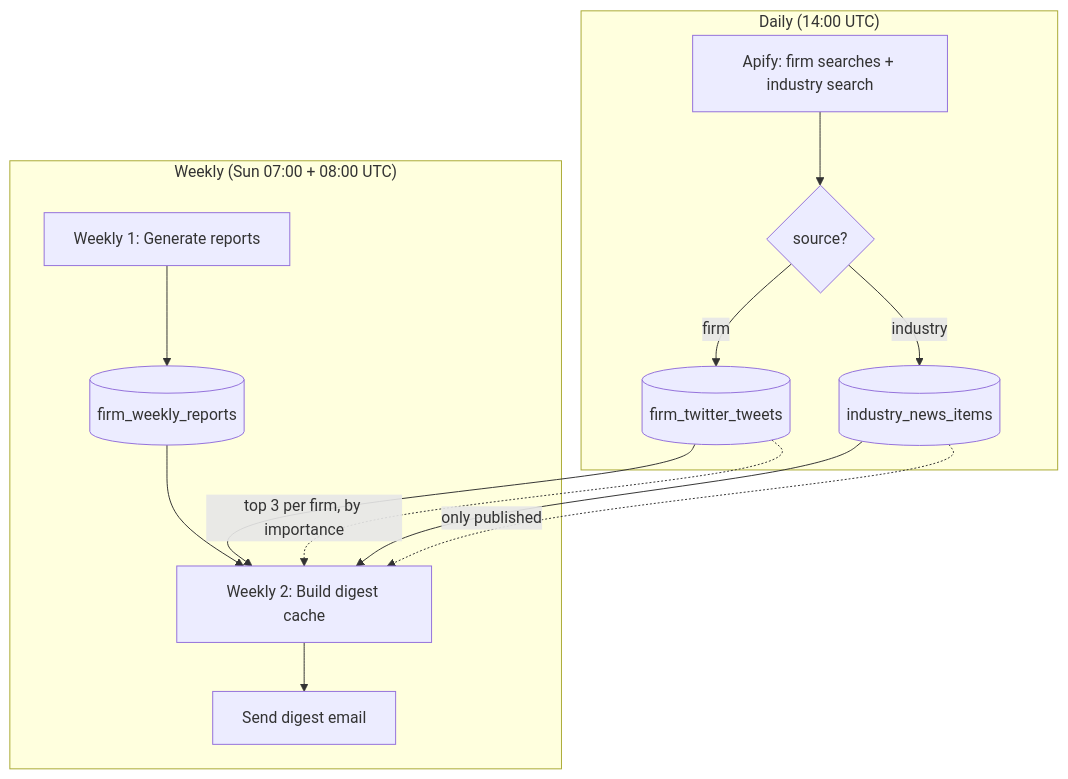
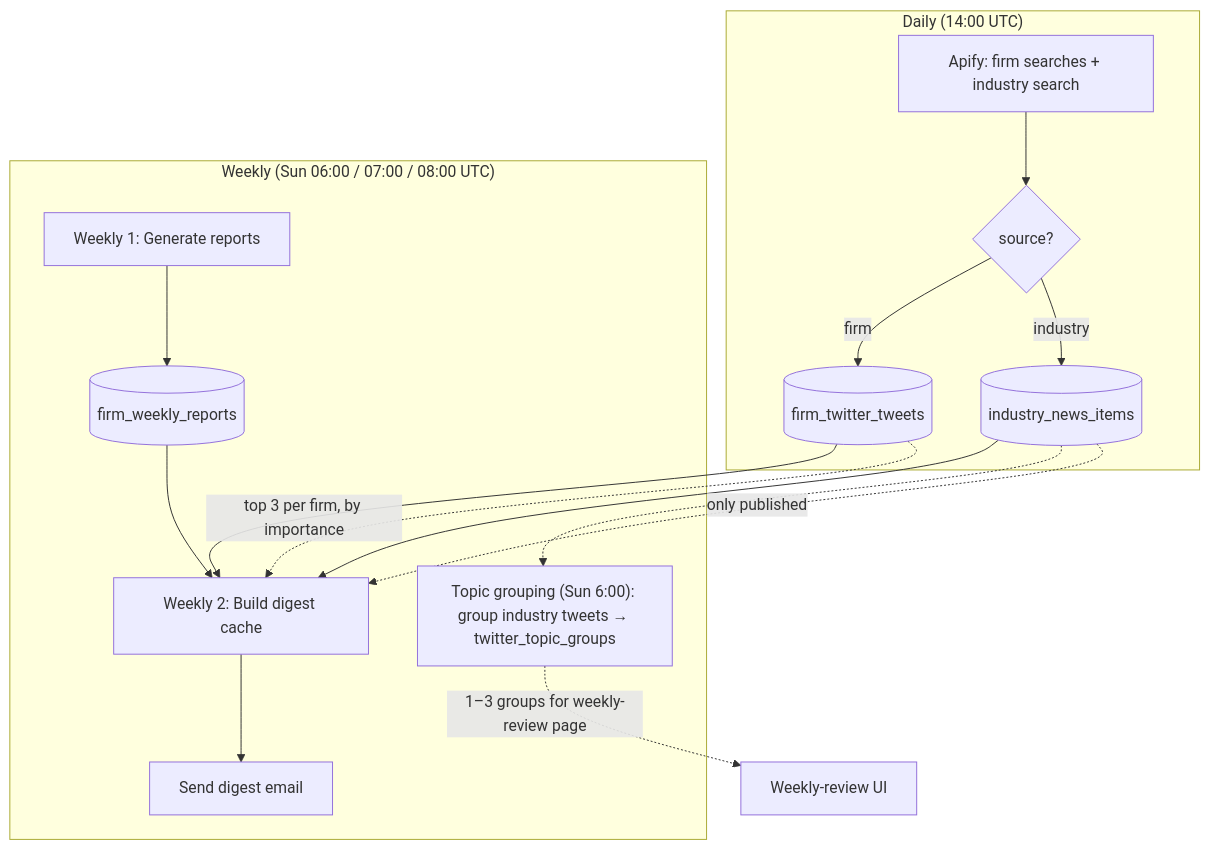
Before and after one commit to lego651/claude-wall: the fifth of 5 diagrams in documents/runbooks/twitter-and-weekly-workflow.md, drawn with Mermaid. The commit also changed other lines of this file and 14 other files, not shown here.

Commit message:
feat: add twitter weekly flow

````diff
--- a/documents/runbooks/twitter-and-weekly-workflow.md
+++ b/documents/runbooks/twitter-and-weekly-workflow.md
@@ -164,22 +204,25 @@
 ```mermaid
 flowchart TB
   subgraph daily["Daily (14:00 UTC)"]
     APIFY[Apify: firm searches + industry search]
     APIFY --> SPLIT{source?}
     SPLIT -->|firm| FTT[(firm_twitter_tweets)]
     SPLIT -->|industry| INI[(industry_news_items)]
   end
 
-  subgraph weekly["Weekly (Sun 07:00 + 08:00 UTC)"]
+  subgraph weekly["Weekly (Sun 06:00 / 07:00 / 08:00 UTC)"]
+    TOPIC["Topic grouping (Sun 6:00): group industry tweets → twitter_topic_groups"]
     GEN[Weekly 1: Generate reports]
     GEN --> WR[(firm_weekly_reports)]
     CACHE[Weekly 2: Build digest cache]
     FTT --> CACHE
     INI --> CACHE
     WR --> CACHE
     CACHE --> SEND[Send digest email]
   end
 
+  INI -.-> TOPIC
+  TOPIC -.->|"1–3 groups for weekly-review page"| REVIEW[Weekly-review UI]
   FTT -.->|"top 3 per firm, by importance"| CACHE
   INI -.->|"only published"| CACHE
 ```
````
